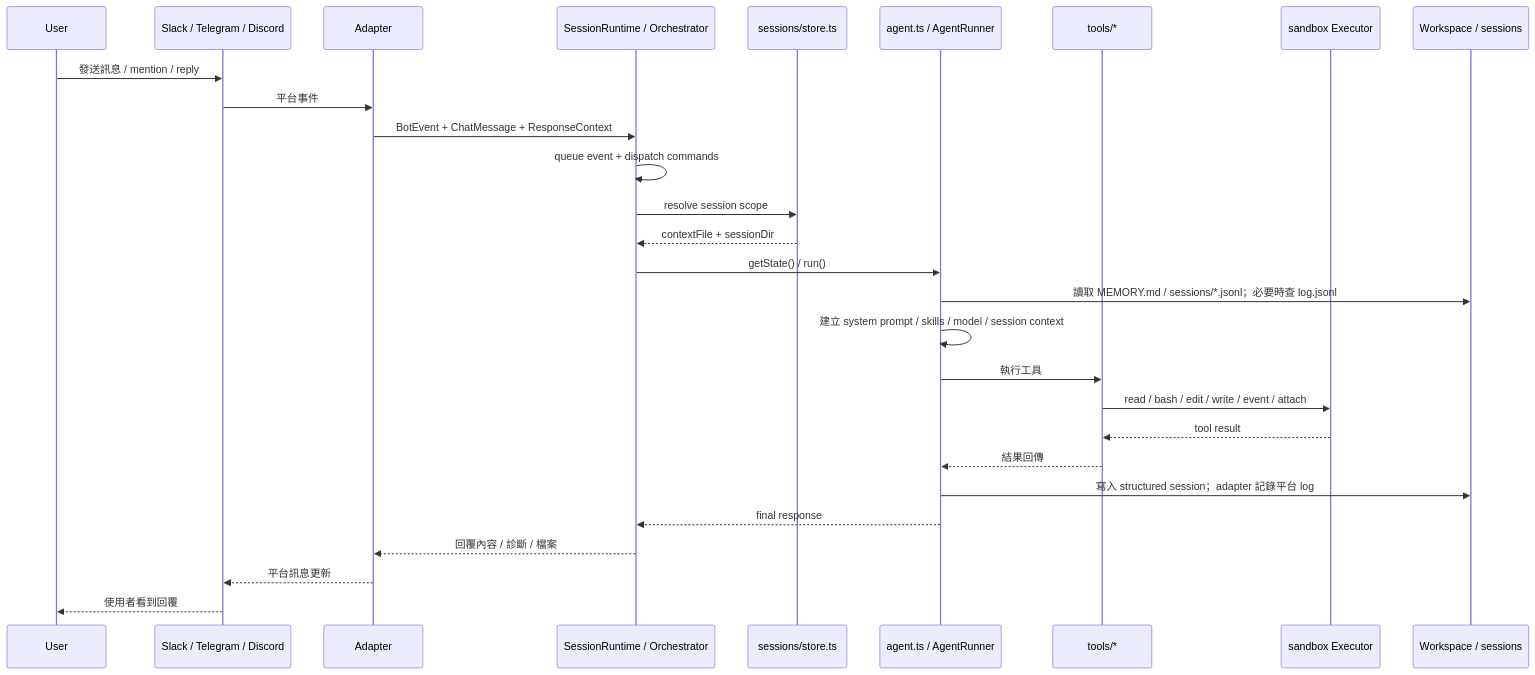
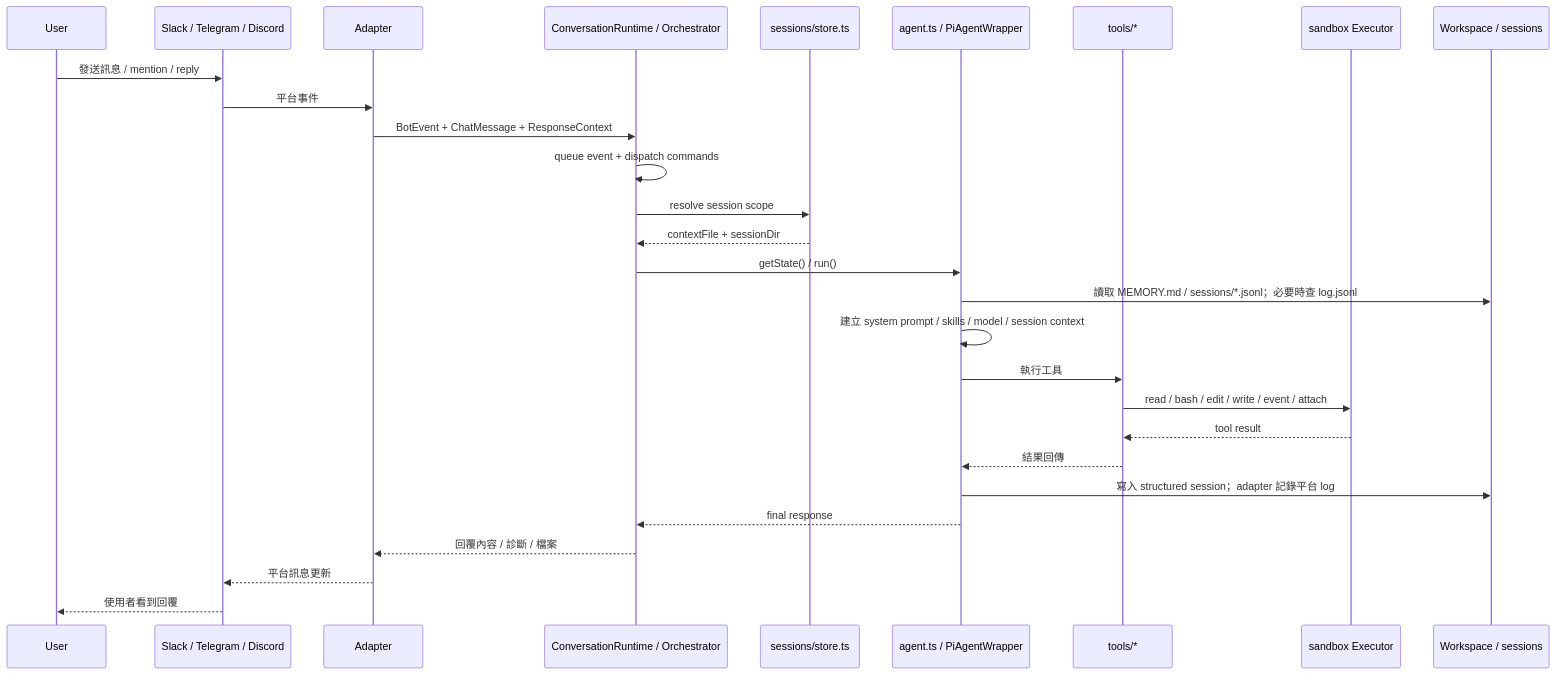
One commit to geminixiang/mikan changed the second of 3 diagrams in src/content/docs/zh-cn/architecture.md. Above: the diagram before and after it, drawn with Mermaid. The commit also changed other lines of this file and 50 other files, not shown here.

Commit message:
refactor(runtime): clarify agent run naming

````diff
--- a/src/content/docs/zh-cn/architecture.md
+++ b/src/content/docs/zh-cn/architecture.md
@@ -189,31 +189,31 @@
 ```mermaid
 sequenceDiagram
   participant U as User
   participant P as Slack / Telegram / Discord
   participant A as Adapter
-  participant M as SessionRuntime / Orchestrator
+  participant M as ConversationRuntime / Orchestrator
   participant S as sessions/store.ts
-  participant R as agent.ts / AgentRunner
+  participant R as agent.ts / PiAgentWrapper
   participant T as tools/*
   participant X as sandbox Executor
   participant W as Workspace / sessions
 
   U->>P: 發送訊息 / mention / reply
   P->>A: 平台事件
   A->>M: BotEvent + ChatMessage + ResponseContext
   M->>M: queue event + dispatch commands
   M->>S: resolve session scope
   S-->>M: contextFile + sessionDir
   M->>R: getState() / run()
   R->>W: 讀取 MEMORY.md / sessions/*.jsonl；必要時查 log.jsonl
   R->>R: 建立 system prompt / skills / model / session context
   R->>T: 執行工具
   T->>X: read / bash / edit / write / event / attach
   X-->>T: tool result
   T-->>R: 結果回傳
   R->>W: 寫入 structured session；adapter 記錄平台 log
   R-->>M: final response
   M-->>A: 回覆內容 / 診斷 / 檔案
   A-->>P: 平台訊息更新
   P-->>U: 使用者看到回覆
 ```
````
